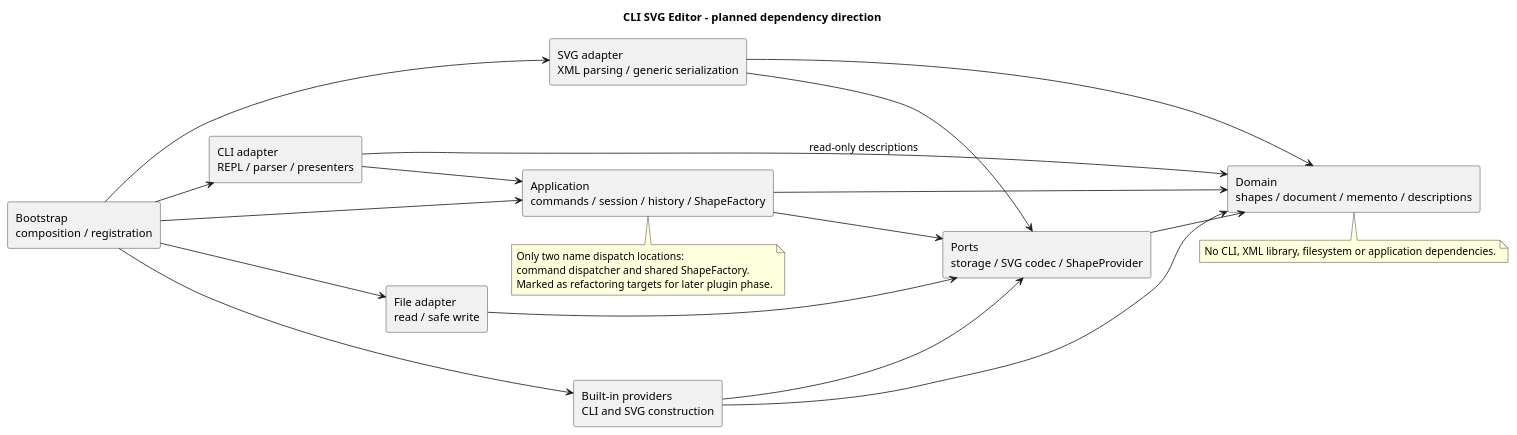
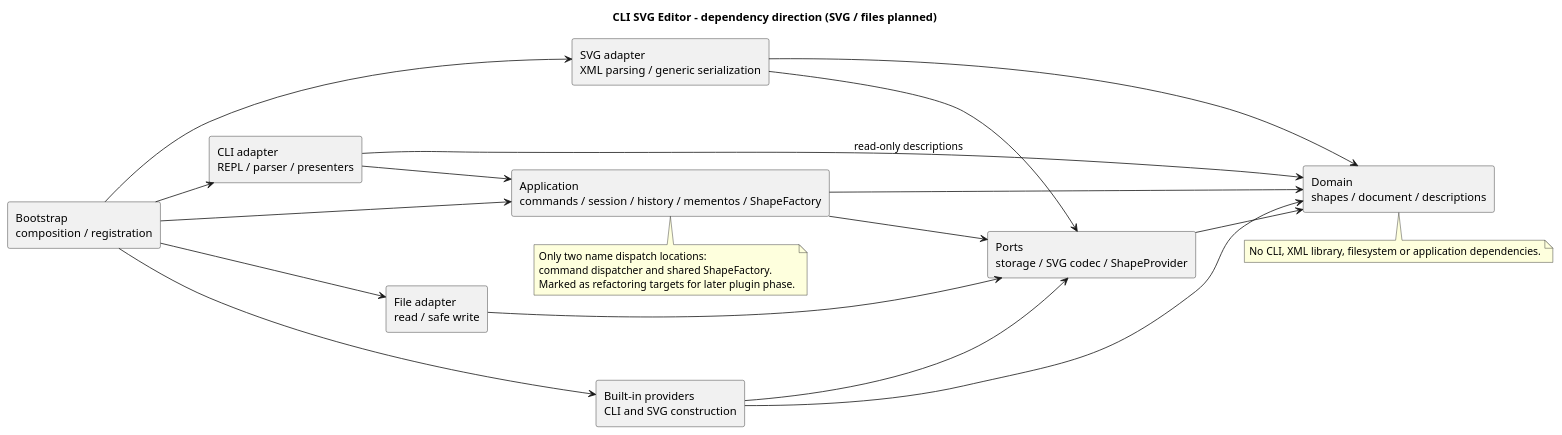
Before and after one commit to Scoyn-X/CLI_SVG_EDITOR: the diagram in doc/architecture.puml, drawn with PlantUML. The commit also changed 67 other files, not shown here.

```diff
--- a/doc/architecture.puml
+++ b/doc/architecture.puml
@@ -1,39 +1,39 @@
 @startuml
-title CLI SVG Editor - planned dependency direction
+title CLI SVG Editor - dependency direction (SVG / files planned)
 skinparam componentStyle rectangle
 left to right direction
 
 component "CLI adapter\nREPL / parser / presenters" as CLI
-component "Application\ncommands / session / history / ShapeFactory" as APP
+component "Application\ncommands / session / history / mementos / ShapeFactory" as APP
 component "Ports\nstorage / SVG codec / ShapeProvider" as PORTS
-component "Domain\nshapes / document / memento / descriptions" as DOMAIN
+component "Domain\nshapes / document / descriptions" as DOMAIN
 component "SVG adapter\nXML parsing / generic serialization" as SVG
 component "File adapter\nread / safe write" as FILES
 component "Built-in providers\nCLI and SVG construction" as PROVIDERS
 component "Bootstrap\ncomposition / registration" as BOOT
 
 CLI --> APP
 CLI --> DOMAIN : read-only descriptions
 APP --> DOMAIN
 APP --> PORTS
 PORTS --> DOMAIN
 SVG --> PORTS
 SVG --> DOMAIN
 FILES --> PORTS
 PROVIDERS --> PORTS
 PROVIDERS --> DOMAIN
 BOOT --> CLI
 BOOT --> APP
 BOOT --> SVG
 BOOT --> FILES
 BOOT --> PROVIDERS
 
 note bottom of DOMAIN
 No CLI, XML library, filesystem or application dependencies.
 end note
 note bottom of APP
 Only two name dispatch locations:
 command dispatcher and shared ShapeFactory.
 Marked as refactoring targets for later plugin phase.
 end note
 @enduml
```
